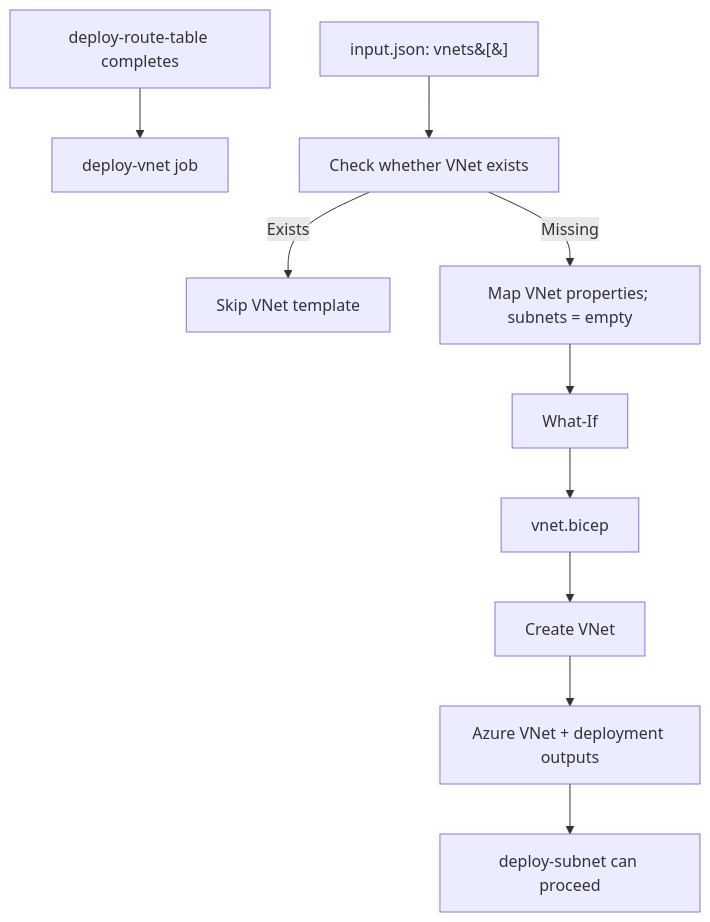
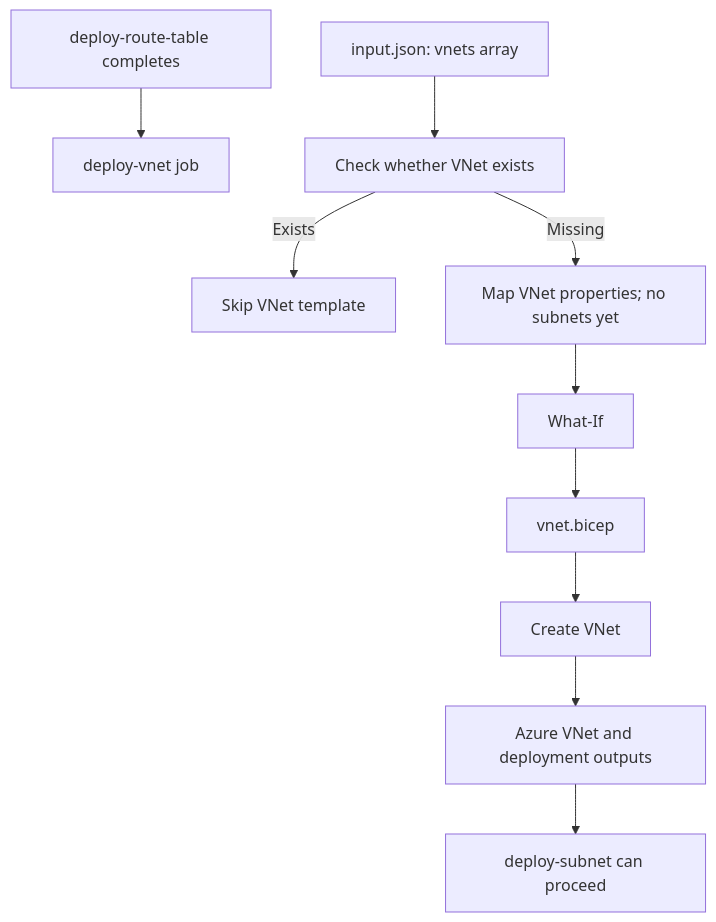
The diagram in modules/networking/vnet.md (PROMETHEUS-N/BIFROST_NEW), drawn with Mermaid before and after one commit.

Commit message:
docs: make Mermaid node labels GitHub-parser safe

````diff
--- a/modules/networking/vnet.md
+++ b/modules/networking/vnet.md
@@ -40,12 +40,12 @@
 ```mermaid
 flowchart TD
-  A[deploy-route-table completes] --> B[deploy-vnet job]
-  C[input.json: vnets&#91;&#93;] --> D[Check whether VNet exists]
-  D -->|Exists| S[Skip VNet template]
-  D -->|Missing| E[Map VNet properties; subnets = empty]
-  E --> F[What-If]
-  F --> G[vnet.bicep]
-  G --> H[Create VNet]
-  H --> I[Azure VNet + deployment outputs]
-  I --> J[deploy-subnet can proceed]
+ A["deploy-route-table completes"] --> B["deploy-vnet job"]
+ C["input.json: vnets array"] --> D["Check whether VNet exists"]
+ D -->|Exists| S["Skip VNet template"]
+ D -->|Missing| E["Map VNet properties; no subnets yet"]
+ E --> F["What-If"]
+ F --> G["vnet.bicep"]
+ G --> H["Create VNet"]
+ H --> I["Azure VNet and deployment outputs"]
+ I --> J["deploy-subnet can proceed"]
 ```
````
